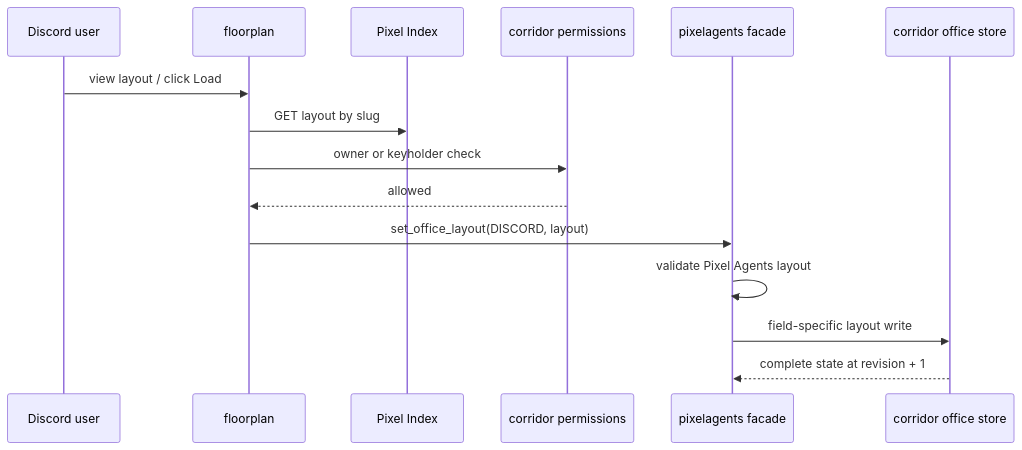
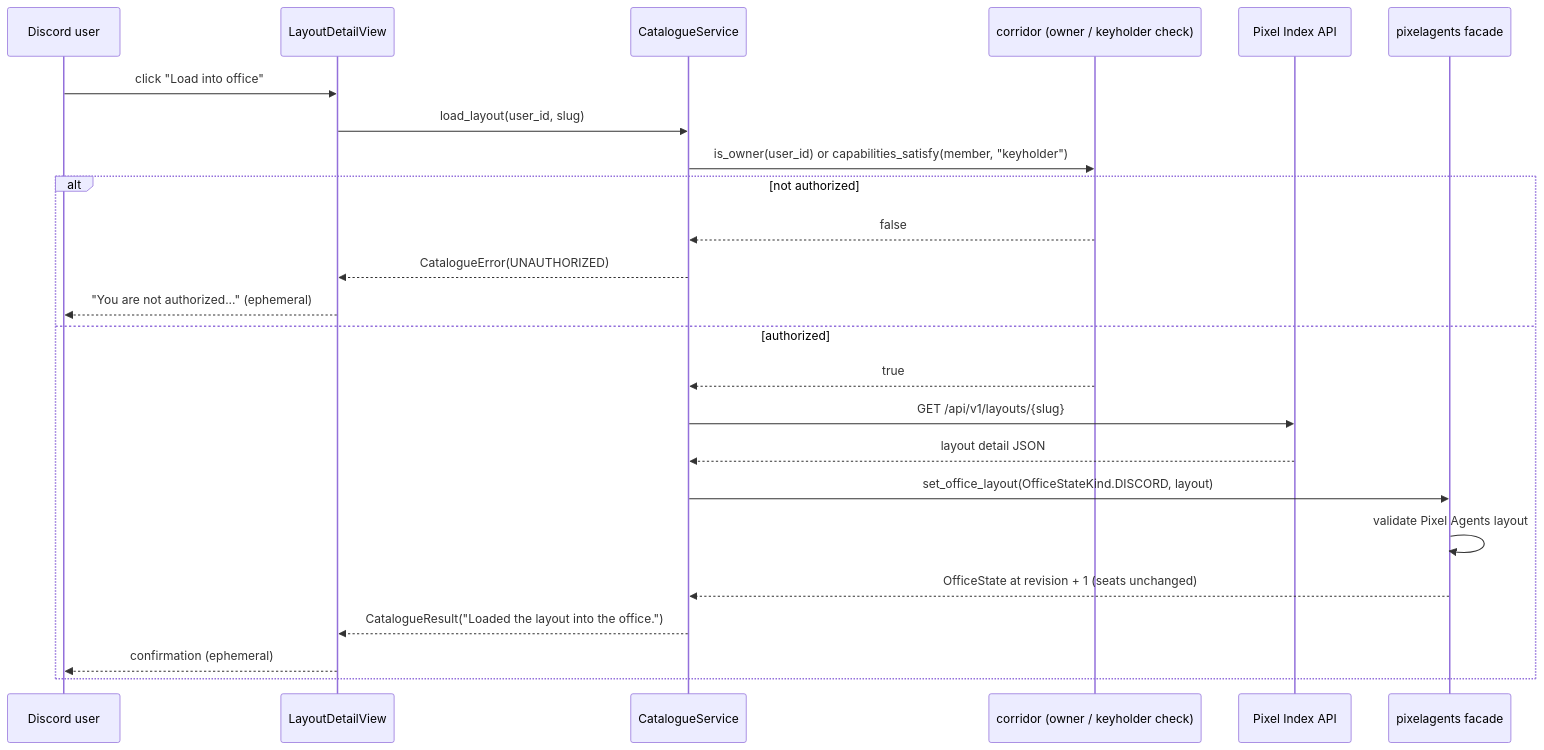
One commit to pixel-agents-hq/pixel-agents-cogs changed the third of 3 diagrams in floorplan/Architecture.md. Above: the diagram before and after it, drawn with Mermaid. The commit also changed other lines of this file and 39 other files, not shown here.

````diff
--- a/floorplan/Architecture.md
+++ b/floorplan/Architecture.md
@@ -23,18 +115,27 @@
 ```mermaid
 sequenceDiagram
     participant U as Discord user
-    participant F as floorplan
-    participant I as Pixel Index
-    participant C as corridor permissions
+    participant V as LayoutDetailView
+    participant Svc as CatalogueService
+    participant C as corridor (owner / keyholder check)
+    participant I as Pixel Index API
     participant P as pixelagents facade
-    participant S as corridor office store
 
-    U->>F: view layout / click Load
-    F->>I: GET layout by slug
-    F->>C: owner or keyholder check
-    C-->>F: allowed
-    F->>P: set_office_layout(DISCORD, layout)
-    P->>P: validate Pixel Agents layout
-    P->>S: field-specific layout write
-    S-->>P: complete state at revision + 1
+    U->>V: click "Load into office"
+    V->>Svc: load_layout(user_id, slug)
+    Svc->>C: is_owner(user_id) or capabilities_satisfy(member, "keyholder")
+    alt not authorized
+        C-->>Svc: false
+        Svc-->>V: CatalogueError(UNAUTHORIZED)
+        V-->>U: "You are not authorized..." (ephemeral)
+    else authorized
+        C-->>Svc: true
+        Svc->>I: GET /api/v1/layouts/{slug}
+        I-->>Svc: layout detail JSON
+        Svc->>P: set_office_layout(OfficeStateKind.DISCORD, layout)
+        P->>P: validate Pixel Agents layout
+        P-->>Svc: OfficeState at revision + 1 (seats unchanged)
+        Svc-->>V: CatalogueResult("Loaded the layout into the office.")
+        V-->>U: confirmation (ephemeral)
+    end
 ```
````
